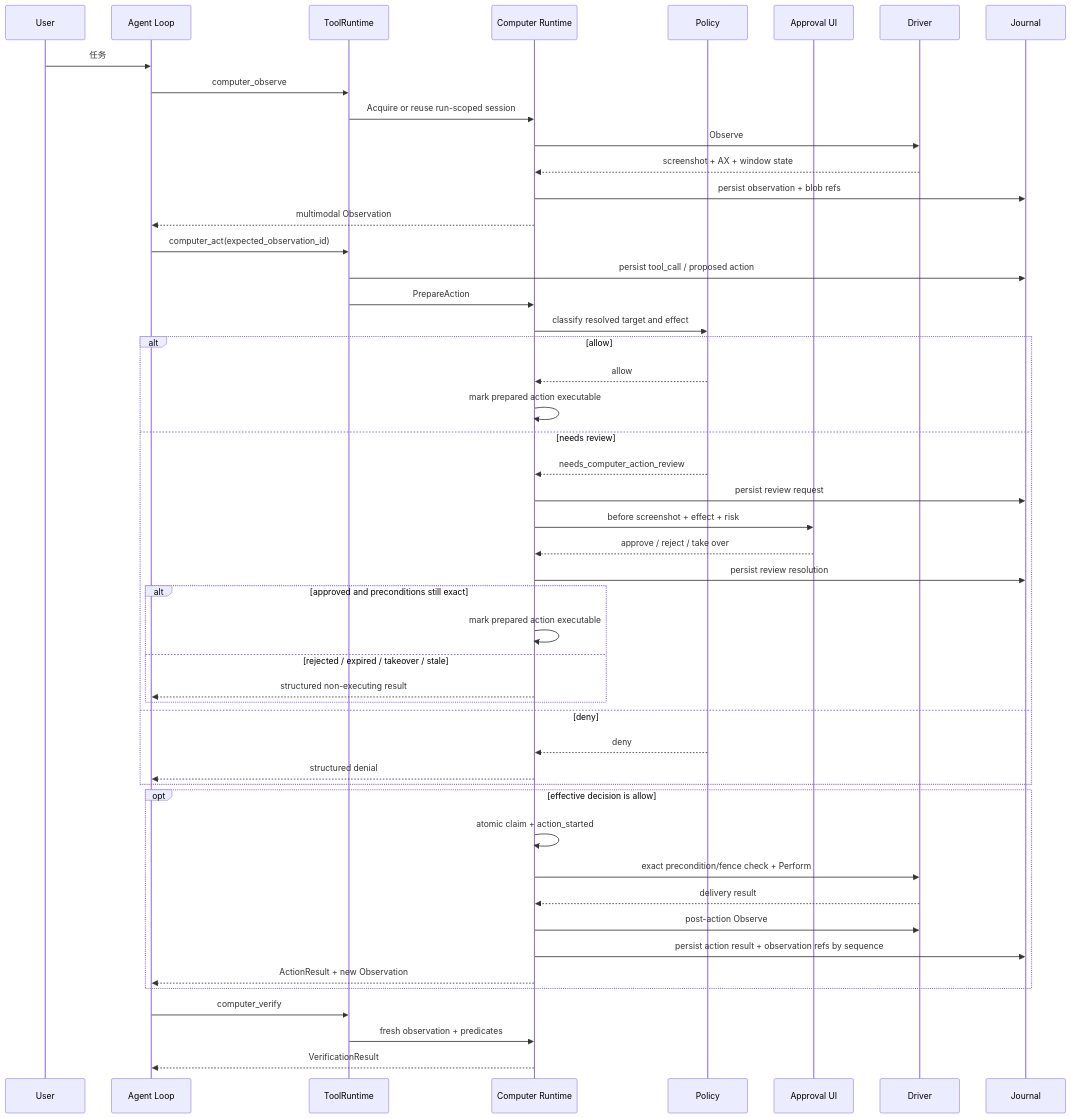
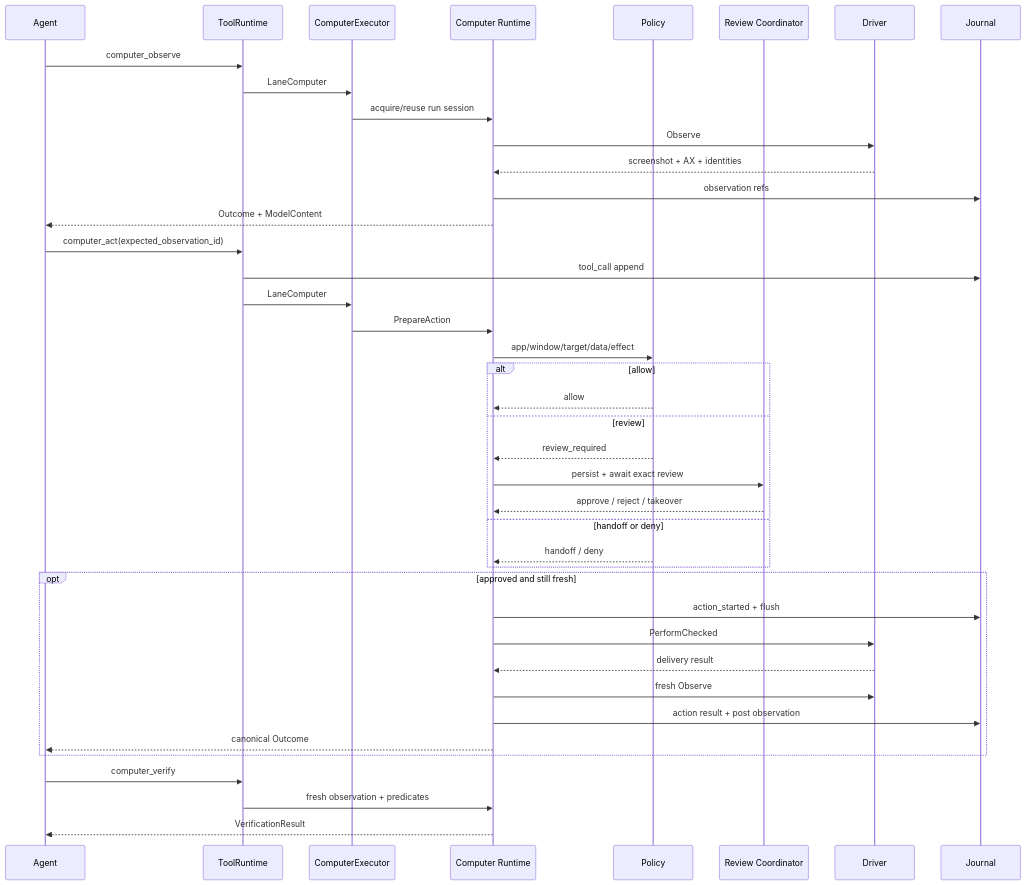
One commit to NolanGrant556/Awaken changed the third of 4 diagrams in docs/10_计算机操作能力/计算机操作能力设计契约.md. Above: the diagram before and after it, drawn with Mermaid. The commit also changed other lines of this file, not shown here.

Commit message:
docs: refresh Computer Use design contract

````diff
--- a/docs/10_计算机操作能力/计算机操作能力设计契约.md
+++ b/docs/10_计算机操作能力/计算机操作能力设计契约.md
@@ -1844,52 +760,48 @@
 ```mermaid
 sequenceDiagram
-    participant User
-    participant Agent as Agent Loop
+    participant Agent
     participant Tool as ToolRuntime
-    participant CR as Computer Runtime
+    participant Exec as ComputerExecutor
+    participant Runtime as Computer Runtime
     participant Policy
-    participant Human as Approval UI
+    participant Review as Review Coordinator
     participant Driver
     participant Journal
 
-    User->>Agent: 任务
     Agent->>Tool: computer_observe
-    Tool->>CR: Acquire or reuse run-scoped session
-    CR->>Driver: Observe
-    Driver-->>CR: screenshot + AX + window state
-    CR->>Journal: persist observation + blob refs
-    CR-->>Agent: multimodal Observation
+    Tool->>Exec: LaneComputer
+    Exec->>Runtime: acquire/reuse run session
+    Runtime->>Driver: Observe
+    Driver-->>Runtime: screenshot + AX + identities
+    Runtime->>Journal: observation refs
+    Runtime-->>Agent: Outcome + ModelContent
+
     Agent->>Tool: computer_act(expected_observation_id)
-    Tool->>Journal: persist tool_call / proposed action
-    Tool->>CR: PrepareAction
-    CR->>Policy: classify resolved target and effect
+    Tool->>Journal: tool_call append
+    Tool->>Exec: LaneComputer
+    Exec->>Runtime: PrepareAction
+    Runtime->>Policy: app/window/target/data/effect
+
     alt allow
-        Policy-->>CR: allow
-        CR->>CR: mark prepared action executable
-    else needs review
-        Policy-->>CR: needs_computer_action_review
-        CR->>Journal: persist review request
-        CR->>Human: before screenshot + effect + risk
-        Human-->>CR: approve / reject / take over
-        CR->>Journal: persist review resolution
-        alt approved and preconditions still exact
-            CR->>CR: mark prepared action executable
-        else rejected / expired / takeover / stale
-            CR-->>Agent: structured non-executing result
-        end
-    else deny
-        Policy-->>CR: deny
-        CR-->>Agent: structured denial
+        Policy-->>Runtime: allow
+    else review
+        Policy-->>Runtime: review_required
+        Runtime->>Review: persist + await exact review
+        Review-->>Runtime: approve / reject / takeover
+    else handoff or deny
+        Policy-->>Runtime: handoff / deny
     end
-    opt effective decision is allow
-        CR->>CR: atomic claim + action_started
-        CR->>Driver: exact precondition/fence check + Perform
-        Driver-->>CR: delivery result
-        CR->>Driver: post-action Observe
-        CR->>Journal: persist action result + observation refs by sequence
-        CR-->>Agent: ActionResult + new Observation
+
+    opt approved and still fresh
+        Runtime->>Journal: action_started + flush
+        Runtime->>Driver: PerformChecked
+        Driver-->>Runtime: delivery result
+        Runtime->>Driver: fresh Observe
+        Runtime->>Journal: action result + post observation
+        Runtime-->>Agent: canonical Outcome
     end
+
     Agent->>Tool: computer_verify
-    Tool->>CR: fresh observation + predicates
-    CR-->>Agent: VerificationResult
+    Tool->>Runtime: fresh observation + predicates
+    Runtime-->>Agent: VerificationResult
 ```
````
